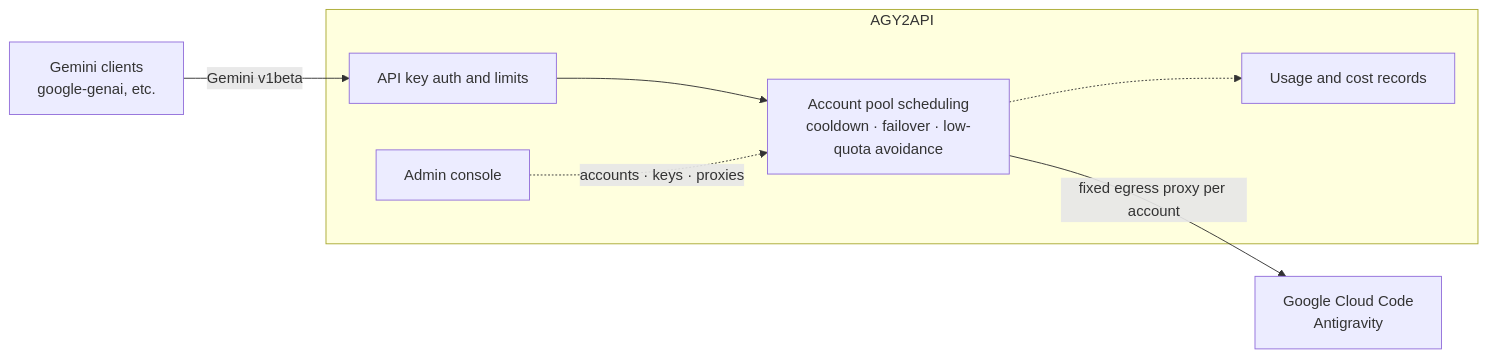
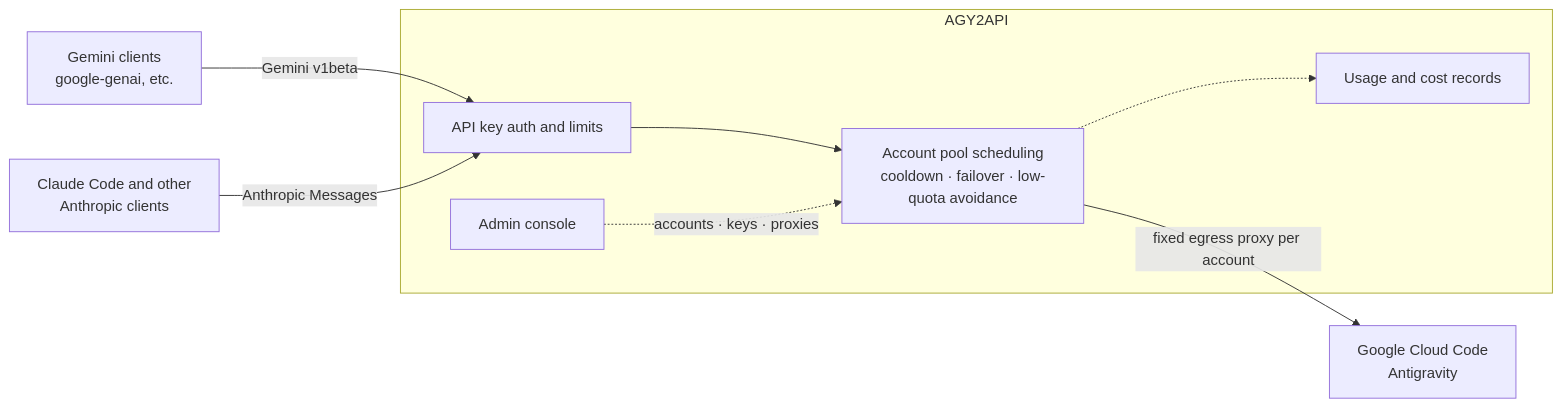
The diagram in README_EN.md (shiceai/agy2api), drawn with Mermaid before and after one commit. The commit also changed other lines of this file and 3 other files, not shown here.

First line of the commit message:
docs: document the Anthropic API, model aliases and Claude Code compatibility

````diff
--- a/README_EN.md
+++ b/README_EN.md
@@ -51,10 +53,11 @@
 ```mermaid
 flowchart LR
     client["Gemini clients<br/>google-genai, etc."] -->|Gemini v1beta| auth
+    claude["Claude Code and other<br/>Anthropic clients"] -->|Anthropic Messages| auth
     subgraph gw["AGY2API"]
         auth["API key auth and limits"] --> pool["Account pool scheduling<br/>cooldown · failover · low-quota avoidance"]
         pool -.-> usage["Usage and cost records"]
         admin["Admin console"] -.->|accounts · keys · proxies| pool
     end
     pool -->|fixed egress proxy per account| cc["Google Cloud Code<br/>Antigravity"]
 ```
````
